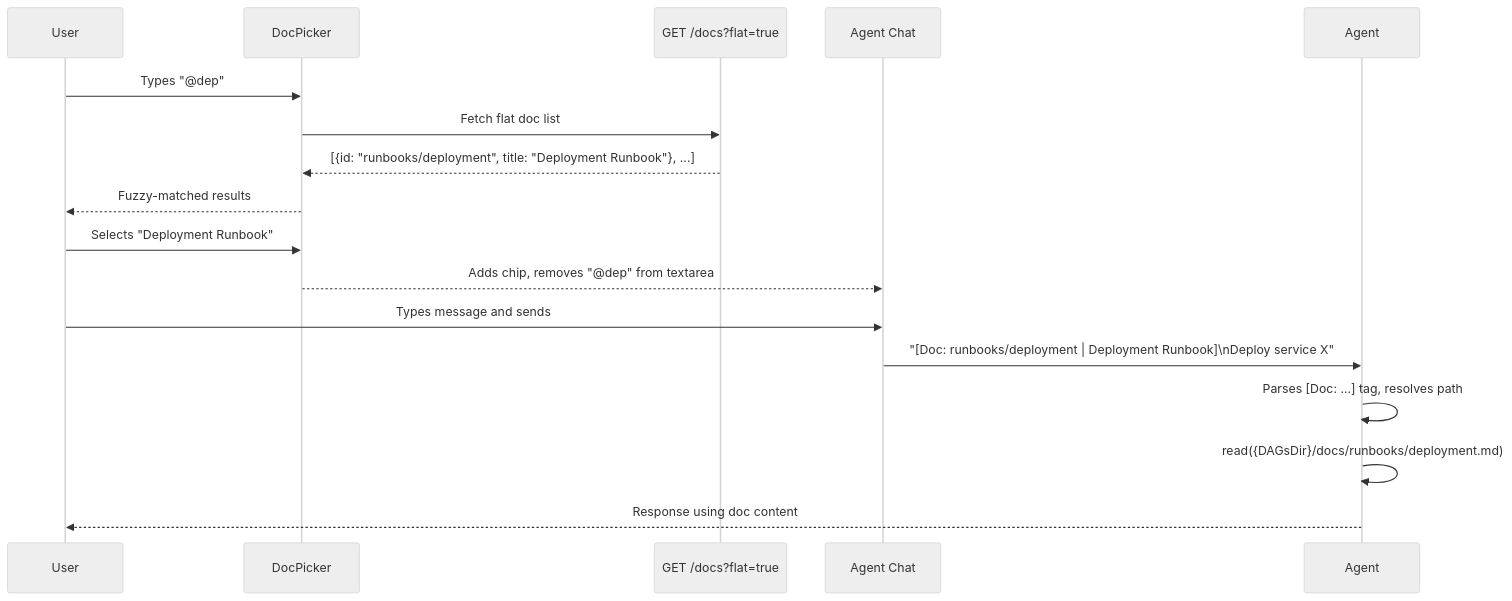
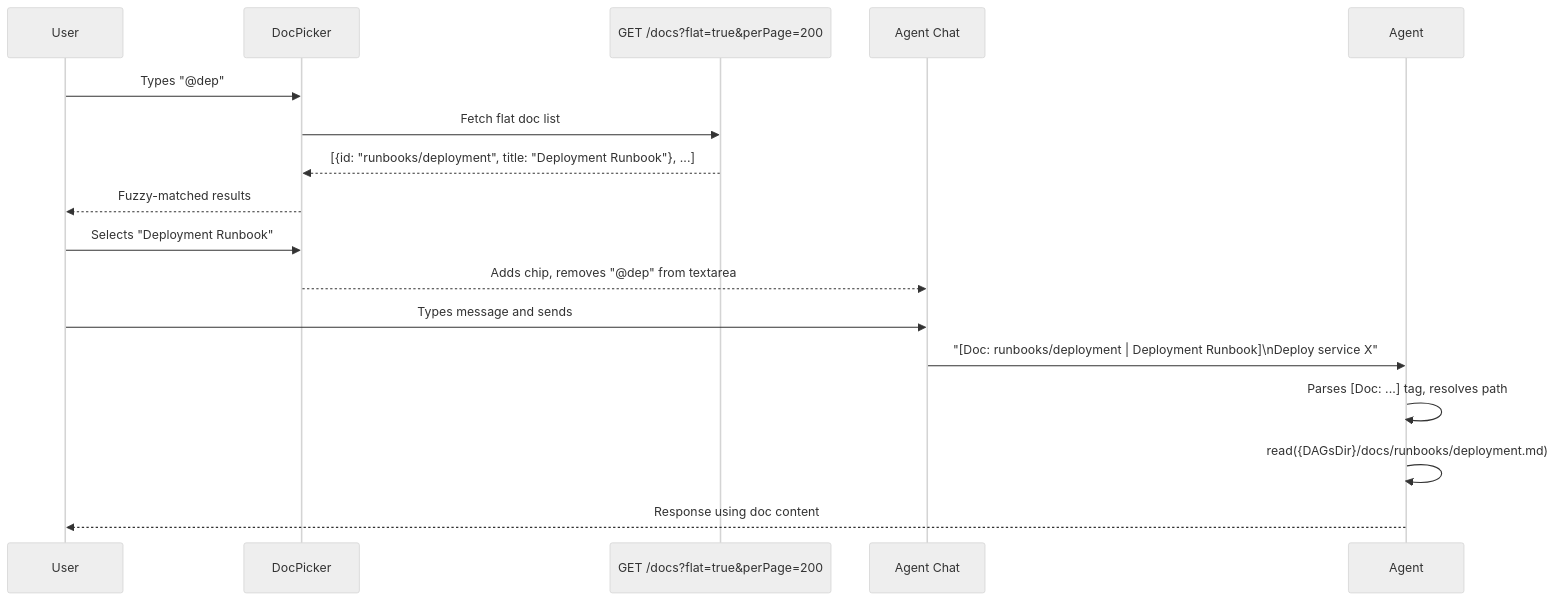
One commit to dagu-org/dagu changed the third of 5 diagrams in rfcs/draft/024-markdown-docs.md. Above: the diagram before and after it, drawn with Mermaid (neutral theme). The commit also changed other lines of this file, not shown here.

````diff
--- a/rfcs/draft/024-markdown-docs.md
+++ b/rfcs/draft/024-markdown-docs.md
@@ -227,20 +385,20 @@
 ```mermaid
 sequenceDiagram
     participant User
     participant DocPicker
-    participant API as GET /docs?flat=true
+    participant API as GET /docs?flat=true&perPage=200
     participant Chat as Agent Chat
     participant Agent
 
     User->>DocPicker: Types "@dep"
     DocPicker->>API: Fetch flat doc list
     API-->>DocPicker: [{id: "runbooks/deployment", title: "Deployment Runbook"}, ...]
     DocPicker-->>User: Fuzzy-matched results
     User->>DocPicker: Selects "Deployment Runbook"
     DocPicker-->>Chat: Adds chip, removes "@dep" from textarea
     User->>Chat: Types message and sends
     Chat->>Agent: "[Doc: runbooks/deployment | Deployment Runbook]\nDeploy service X"
     Agent->>Agent: Parses [Doc: ...] tag, resolves path
     Agent->>Agent: read({DAGsDir}/docs/runbooks/deployment.md)
     Agent-->>User: Response using doc content
 ```
````
